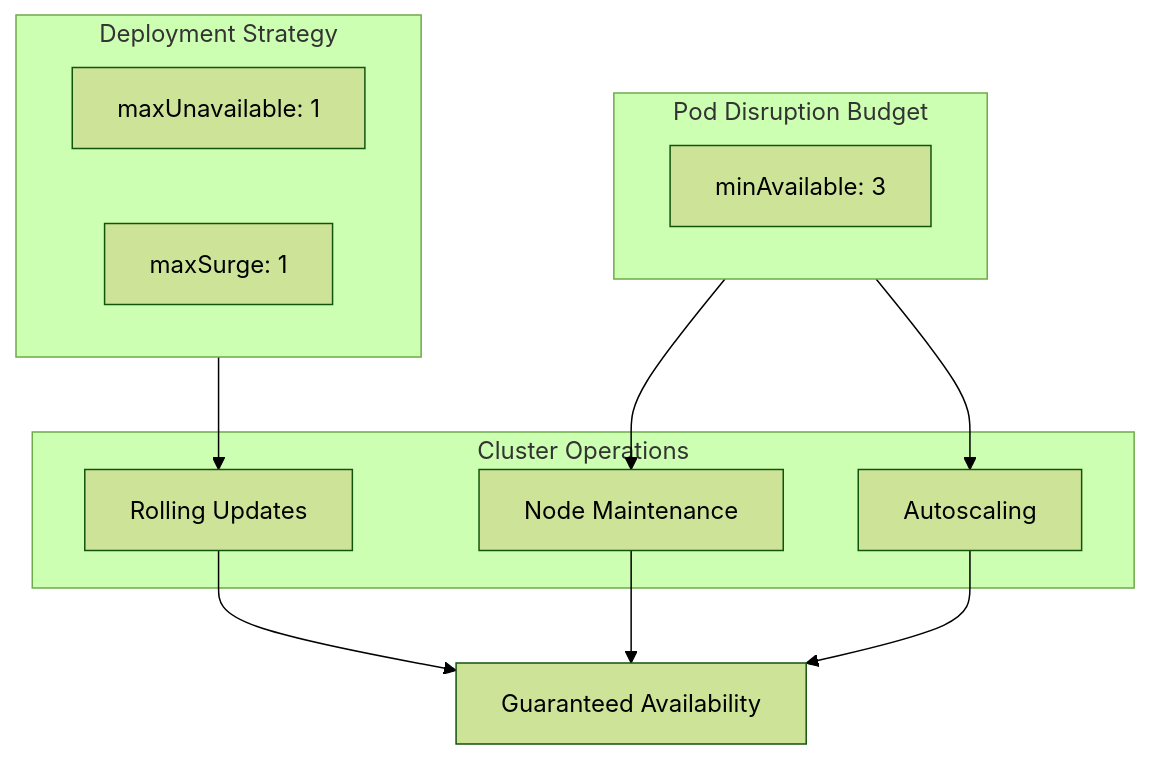
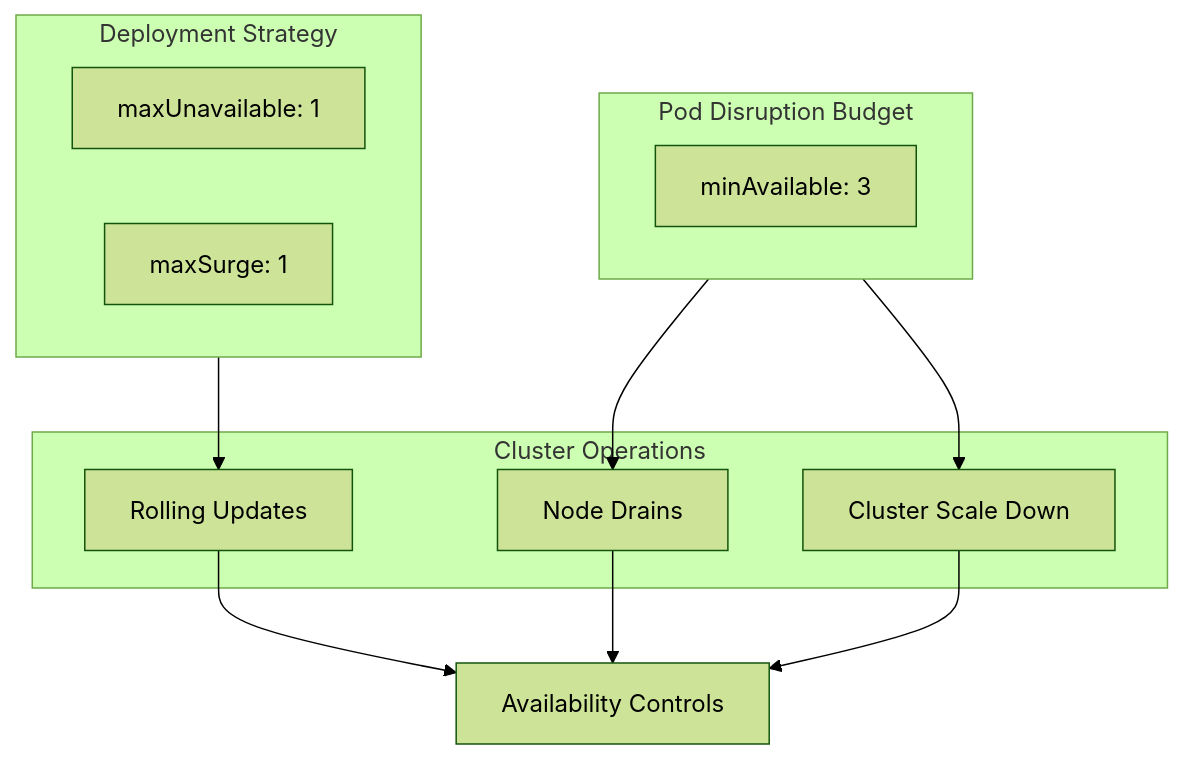
Before and after one commit to OneUptime/blog: the third of 3 diagrams in posts/2026-01-30-max-unavailable-configuration/README.md, drawn with Mermaid (forest theme). The commit also changed other lines of this file and 2 other files, not shown here.

````diff
--- a/posts/2026-01-30-max-unavailable-configuration/README.md
+++ b/posts/2026-01-30-max-unavailable-configuration/README.md
@@ -298,25 +299,25 @@
 ```mermaid
 flowchart TD
     subgraph Deployment["Deployment Strategy"]
         MU[maxUnavailable: 1]
         MS[maxSurge: 1]
     end
 
     subgraph PDB["Pod Disruption Budget"]
         MA[minAvailable: 3]
     end
 
     subgraph Cluster["Cluster Operations"]
         RU[Rolling Updates]
-        NM[Node Maintenance]
-        AS[Autoscaling]
+        NM[Node Drains]
+        AS[Cluster Scale Down]
     end
 
     Deployment --> RU
     PDB --> NM
     PDB --> AS
 
-    RU --> AV[Guaranteed Availability]
+    RU --> AV[Availability Controls]
     NM --> AV
     AS --> AV
 ```
````
